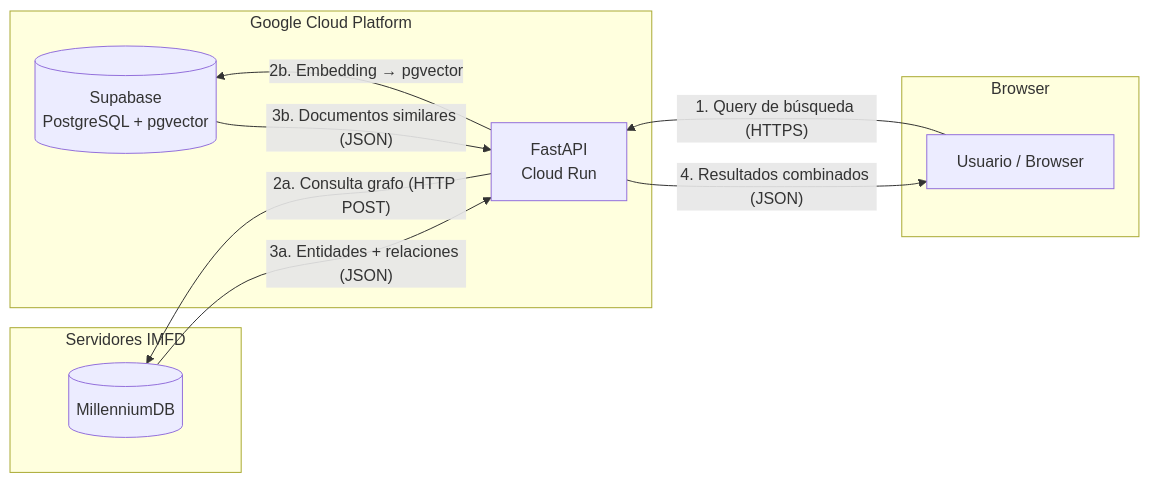
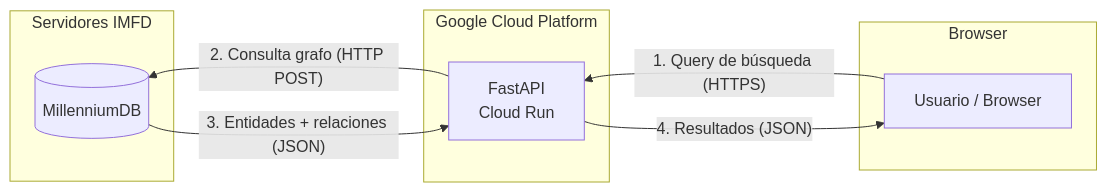
Before and after one commit to renaa-m/TallerDeIntegracion_G10: the second of 2 diagrams in README.md, drawn with Mermaid. The commit also changed other lines of this file, not shown here.

First line of the commit message:
docs: eliminar pgvector y búsqueda semántica — solo grafo de Wukong/MillenniumDB

````diff
--- a/README.md
+++ b/README.md
@@ -195,22 +196,19 @@
 ```mermaid
 graph RL
     subgraph Browser
         U[Usuario / Browser]
     end
 
     subgraph GCP ["Google Cloud Platform"]
         API[FastAPI\nCloud Run]
-        SUPA[(Supabase\nPostgreSQL + pgvector)]
     end
 
     subgraph IMFD_servers ["Servidores IMFD"]
         MDB[(MillenniumDB)]
     end
 
     U -->|"1. Query de búsqueda (HTTPS)"| API
-    API -->|"2a. Consulta grafo (HTTP POST)"| MDB
-    MDB -->|"3a. Entidades + relaciones (JSON)"| API
-    API -->|"2b. Embedding → pgvector"| SUPA
-    SUPA -->|"3b. Documentos similares (JSON)"| API
-    API -->|"4. Resultados combinados (JSON)"| U
+    API -->|"2. Consulta grafo (HTTP POST)"| MDB
+    MDB -->|"3. Entidades + relaciones (JSON)"| API
+    API -->|"4. Resultados (JSON)"| U
 ```
````
